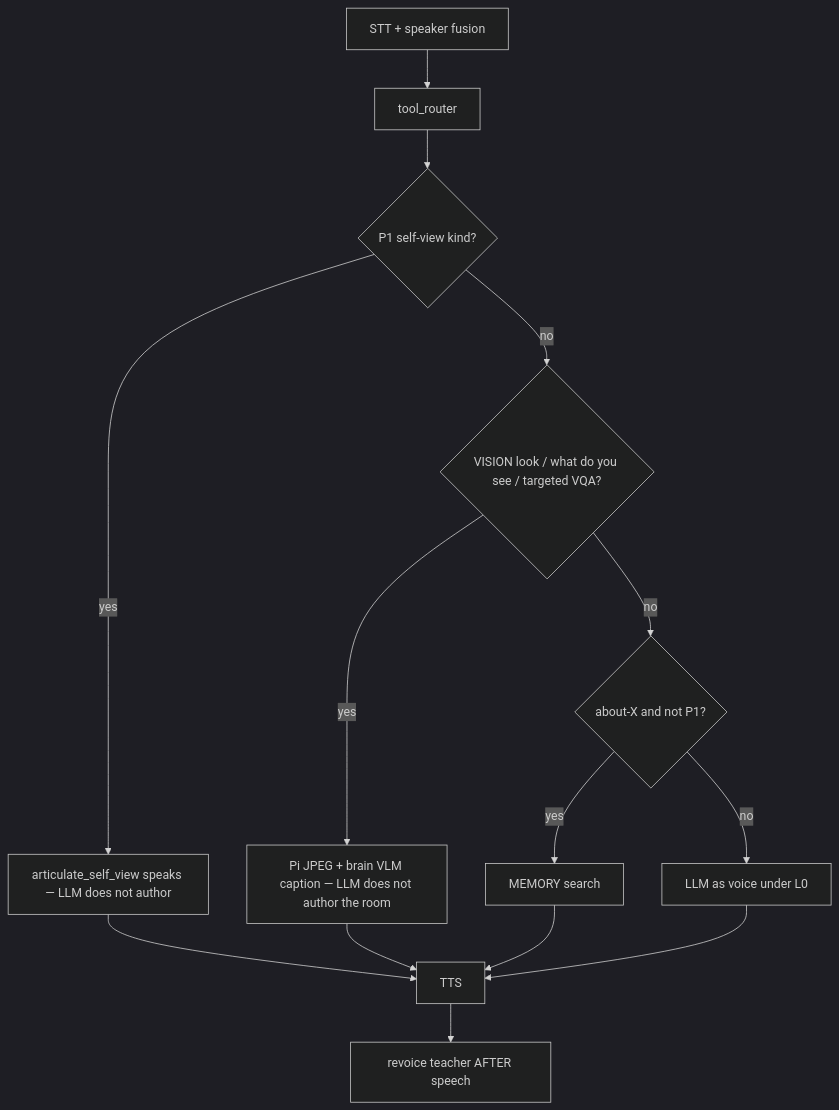
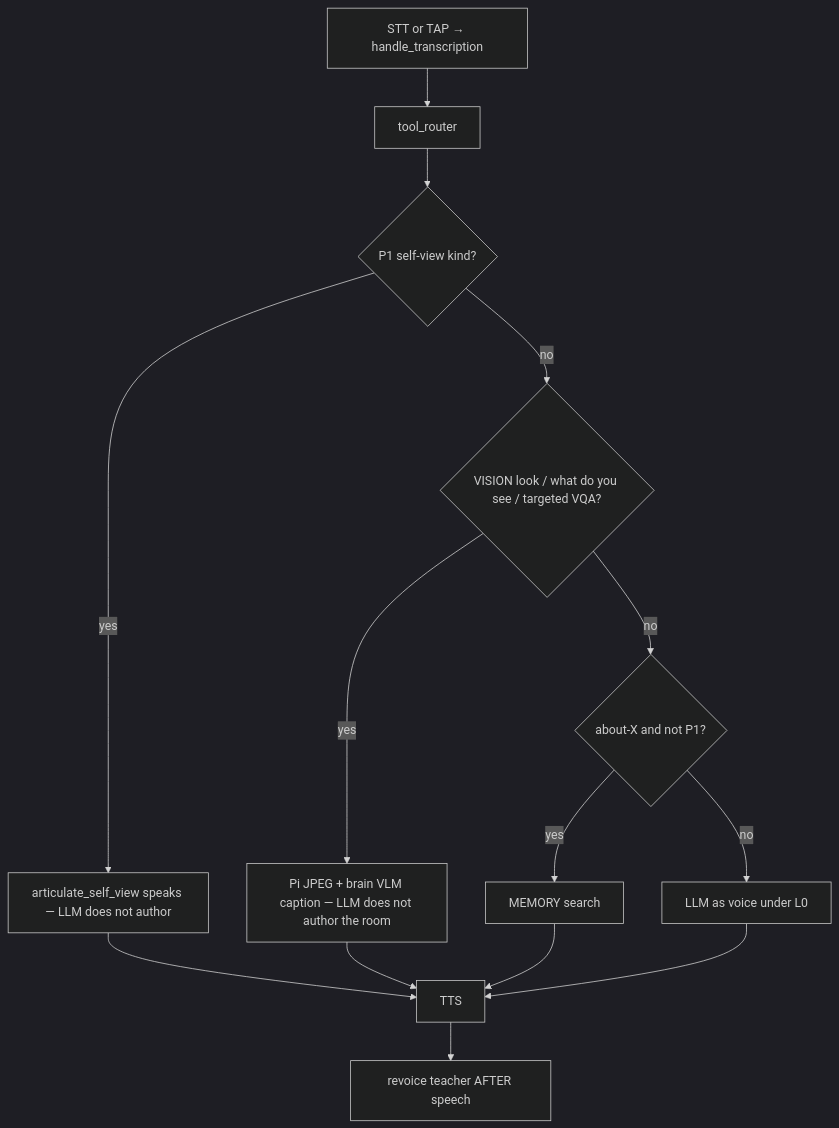
The diagram in AGENTS.md (Nimdy/jarvis-oracle-edition), drawn with Mermaid (dark theme) before and after one commit. The commit also changed other lines of this file and 48 other files, not shown here.

````diff
--- a/AGENTS.md
+++ b/AGENTS.md
@@ -42,21 +61,21 @@
 ```mermaid
 flowchart TD
-  stt[STT + speaker fusion]
+  stt[STT or TAP → handle_transcription]
   router[tool_router]
   p1{P1 self-view kind?}
   vis{VISION look / what do you see / targeted VQA?}
   about{about-X and not P1?}
   osv[articulate_self_view speaks — LLM does not author]
   eyes[Pi JPEG + brain VLM caption — LLM does not author the room]
   mem[MEMORY search]
   llm[LLM as voice under L0]
   tts[TTS]
   seed[revoice teacher AFTER speech]
   stt --> router --> p1
   p1 -->|yes| osv --> tts --> seed
   p1 -->|no| vis
   vis -->|yes| eyes --> tts
   vis -->|no| about
   about -->|yes| mem --> tts
   about -->|no| llm --> tts
 ```
````
